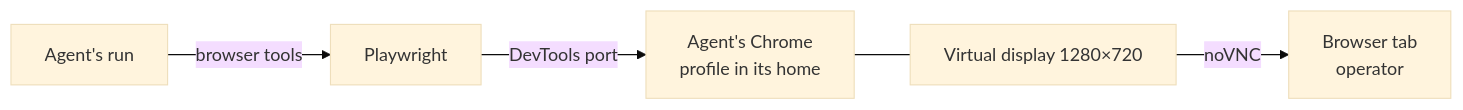
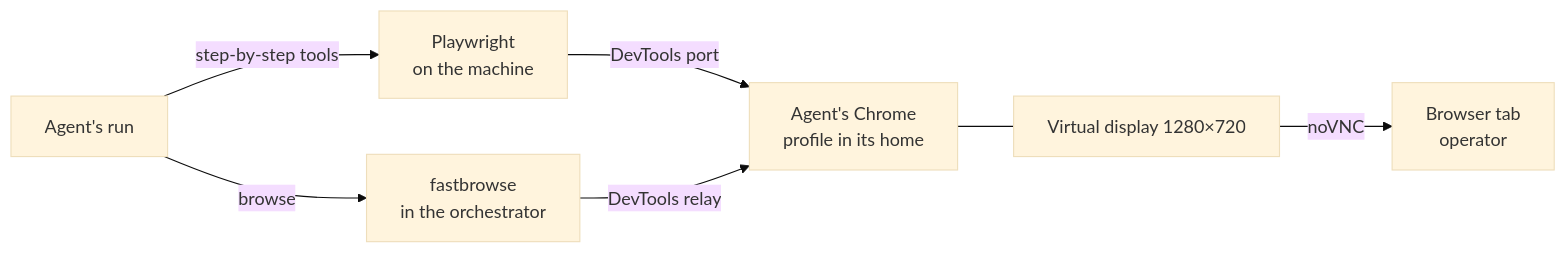
One commit to CigaleAI/guilds changed the diagram in docs/concepts/browser.md. Above: the diagram before and after it, drawn with Mermaid (base theme). The commit also changed other lines of this file and 66 other files, not shown here.

````diff
--- a/docs/concepts/browser.md
+++ b/docs/concepts/browser.md
@@ -34,7 +34,9 @@
 ```mermaid
 flowchart LR
-  Agent[Agent's run] -- browser tools --> PW[Playwright]
+  Agent[Agent's run] -- step-by-step tools --> PW[Playwright<br/>on the machine]
   PW -- DevTools port --> Chrome[Agent's Chrome<br/>profile in its home]
+  Agent -- browse --> FB[fastbrowse<br/>in the orchestrator]
+  FB -- DevTools relay --> Chrome
   Chrome --- Display[Virtual display 1280×720]
   Display -- noVNC --> Tab[Browser tab<br/>operator]
 ```
````
